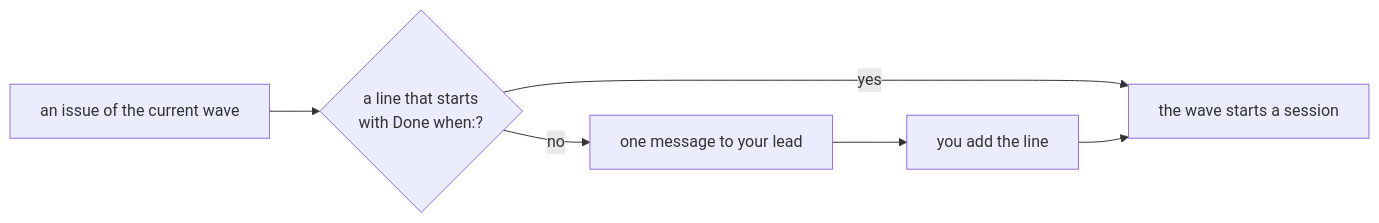
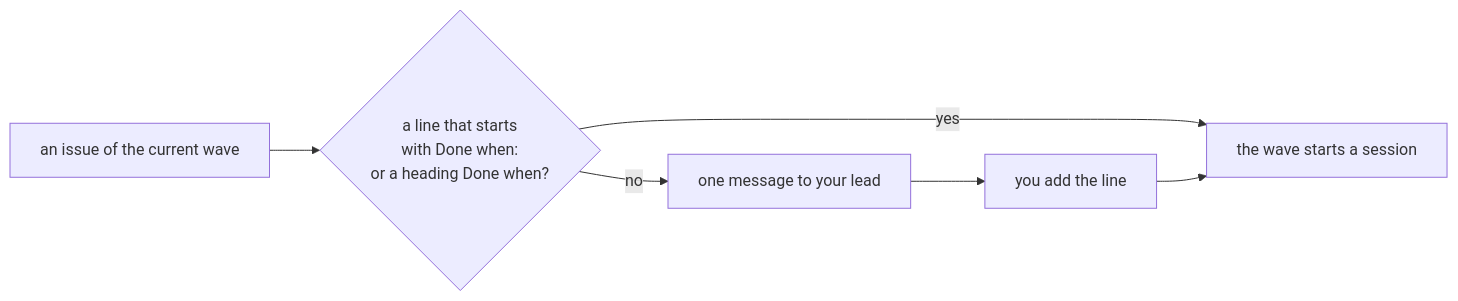
One commit to como-technologies/riff changed diagram 30 of 57 in docs/src/development.md. Above: the diagram before and after it, drawn with Mermaid. The commit also changed other lines of this file and 8 other files, not shown here.

First line of the commit message:
The wave takes an issue whose Done when is a Markdown heading

````diff
--- a/docs/src/development.md
+++ b/docs/src/development.md
@@ -2409,8 +2410,8 @@
 ```mermaid
 flowchart LR
-    I["an issue of the current wave"] --> Q{"a line that starts<br/>with Done when:?"}
+    I["an issue of the current wave"] --> Q{"a line that starts<br/>with Done when:<br/>or a heading Done when?"}
     Q -- yes --> S["the wave starts a session"]
     Q -- no --> M["one message to your lead"]
     M --> A["you add the line"]
     A --> S
 ```
````
